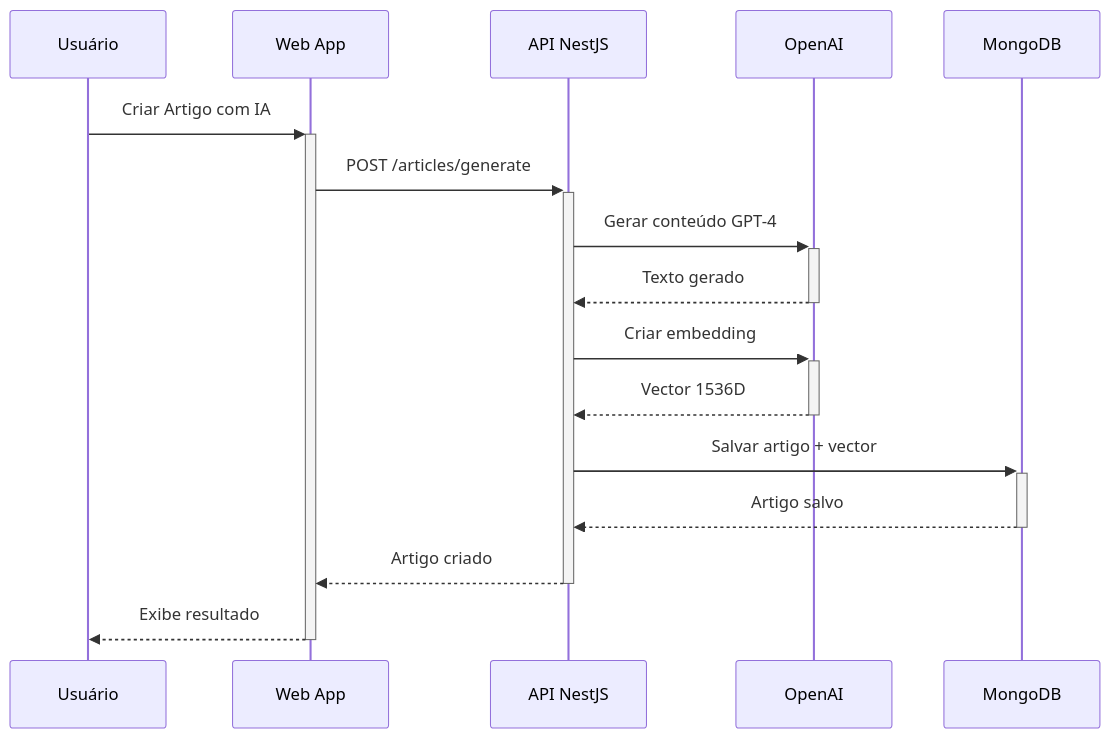
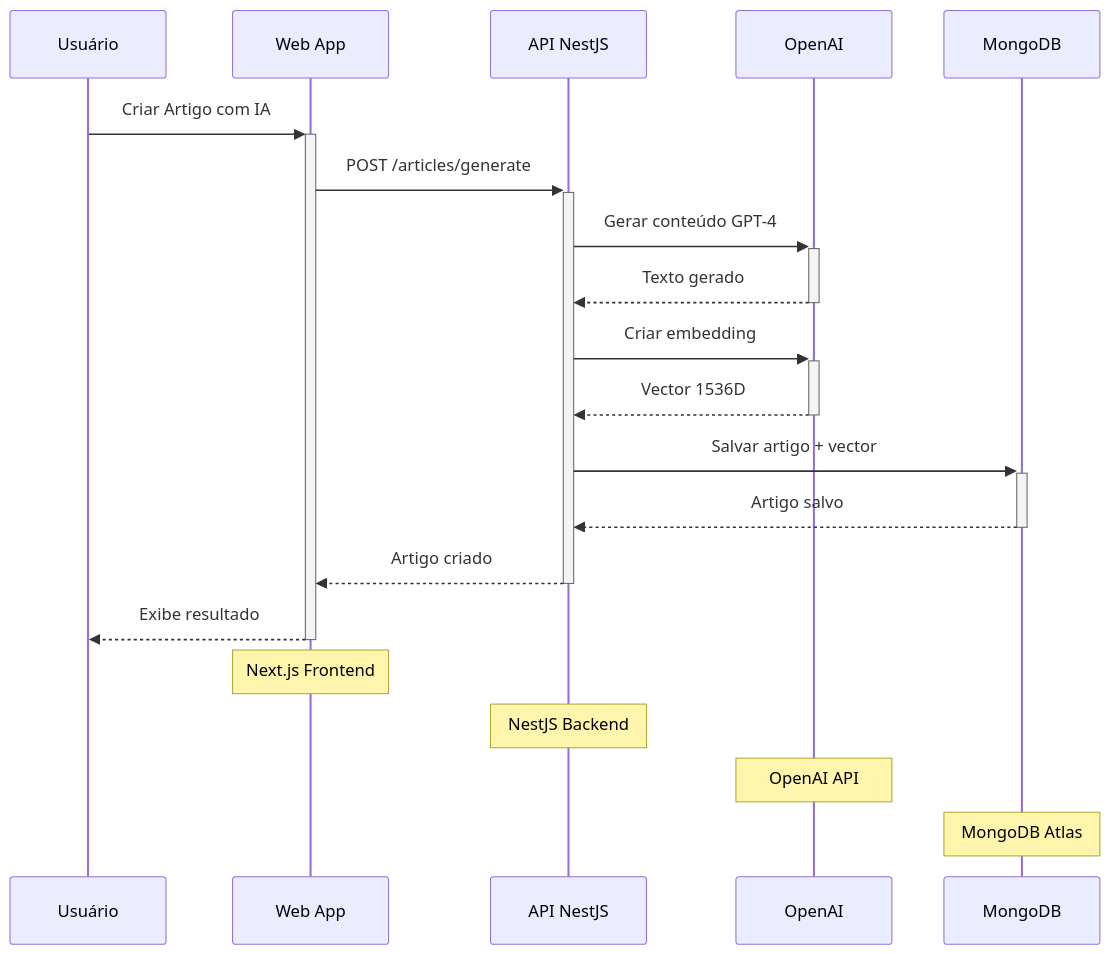
The second of 2 diagrams in README.md (eduesplinio/knowledge-base-ai), drawn with Mermaid before and after one commit. The commit also changed other lines of this file, not shown here.

````diff
--- a/README.md
+++ b/README.md
@@ -112,19 +141,24 @@
 ```mermaid
 sequenceDiagram
     participant U as Usuário
     participant W as Web App
     participant A as API NestJS
     participant O as OpenAI
     participant M as MongoDB
 
     U->>+W: Criar Artigo com IA
     W->>+A: POST /articles/generate
     A->>+O: Gerar conteúdo GPT-4
     O-->>-A: Texto gerado
     A->>+O: Criar embedding
     O-->>-A: Vector 1536D
     A->>+M: Salvar artigo + vector
     M-->>-A: Artigo salvo
     A-->>-W: Artigo criado
     W-->>-U: Exibe resultado
+
+    Note over W: Next.js Frontend
+    Note over A: NestJS Backend
+    Note over O: OpenAI API
+    Note over M: MongoDB Atlas
 ```
````
